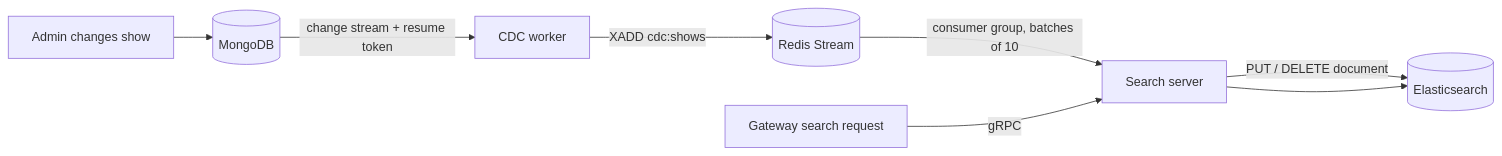
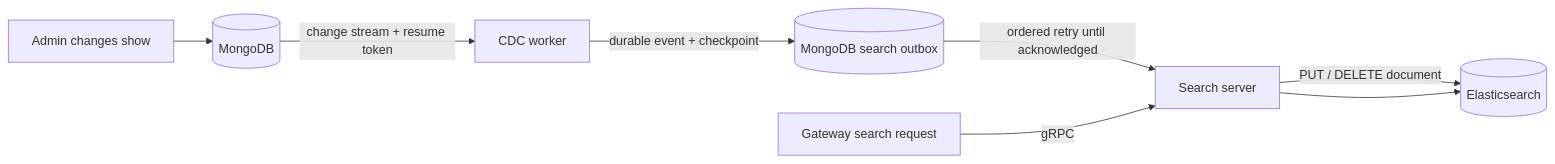
One commit to bhatvinay7/bookit changed the fifth of 6 diagrams in README.md. Above: the diagram before and after it, drawn with Mermaid. The commit also changed other lines of this file and 4 other files, not shown here.

````diff
--- a/README.md
+++ b/README.md
@@ -212,10 +212,10 @@
 ```mermaid
 flowchart LR
     A[Admin changes show] --> M[(MongoDB)]
     M -->|change stream + resume token| C[CDC worker]
-    C -->|XADD cdc:shows| R[(Redis Stream)]
-    R -->|consumer group, batches of 10| S[Search server]
+    C -->|durable event + checkpoint| O[(MongoDB search outbox)]
+    O -->|ordered retry until acknowledged| S[Search server]
     S -->|PUT / DELETE document| E[(Elasticsearch)]
     G[Gateway search request] -->|gRPC| S
     S --> E
 ```
````
